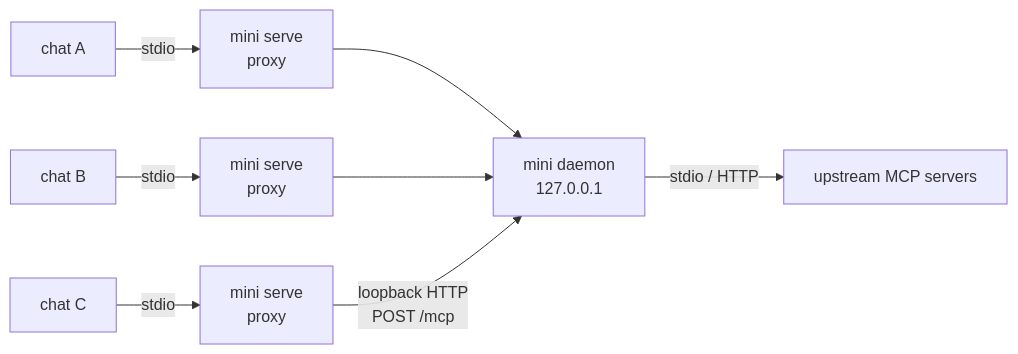
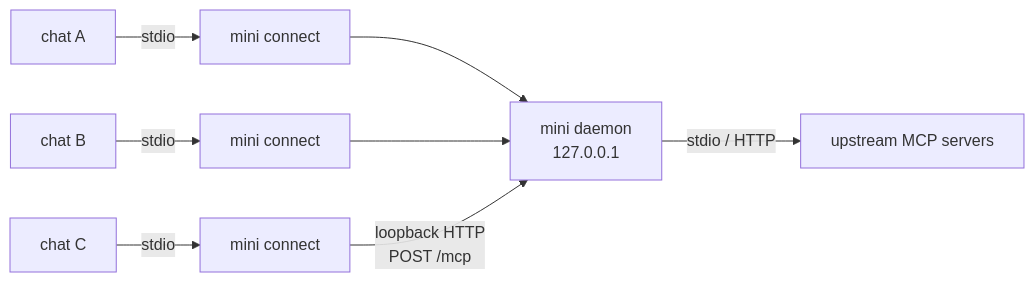
One commit to mcpmini/mini changed the diagram in docs/daemon.md. Above: the diagram before and after it, drawn with Mermaid. The commit also changed other lines of this file and 3 other files, not shown here.

````diff
--- a/docs/daemon.md
+++ b/docs/daemon.md
@@ -26,10 +26,10 @@
 ```mermaid
 flowchart LR
-    A[chat A] -->|stdio| PA[mini serve<br/>proxy]
-    B[chat B] -->|stdio| PB[mini serve<br/>proxy]
-    C[chat C] -->|stdio| PC[mini serve<br/>proxy]
+    A[chat A] -->|stdio| PA[mini connect]
+    B[chat B] -->|stdio| PB[mini connect]
+    C[chat C] -->|stdio| PC[mini connect]
     PA --> D
     PB --> D
     PC -->|"loopback HTTP<br/>POST /mcp"| D[mini daemon<br/>127.0.0.1]
     D -->|stdio / HTTP| U[upstream MCP servers]
 ```
````
